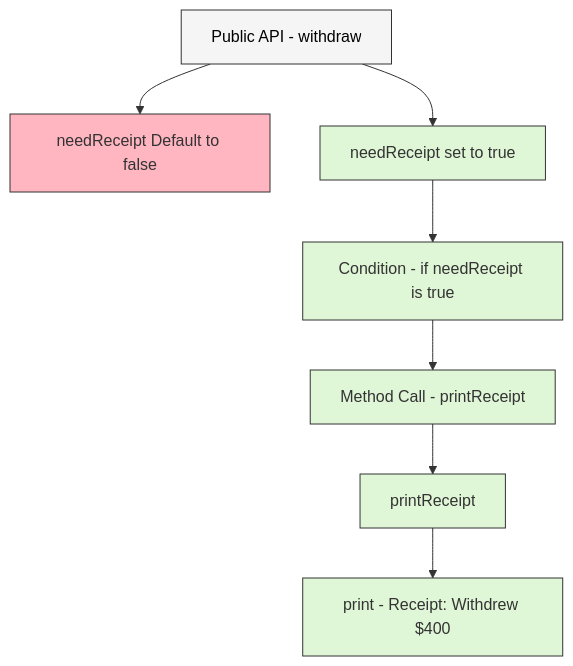
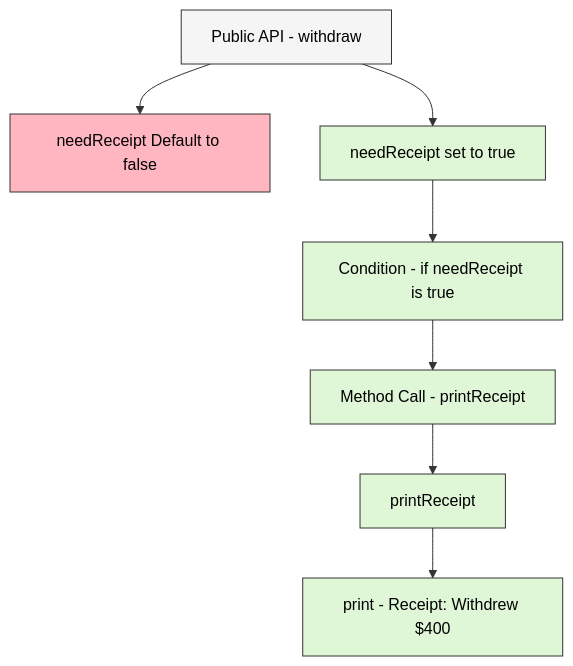
The eighth of 8 diagrams in wiki/Writing-tests-with-good-behavioral-coverage.md (oppia/oppia-android), drawn with Mermaid before and after one commit. The commit also changed other lines of this file, not shown here.

Commit message:
Setting the text color for the graphs to black as they weren't visible with dark mode

````diff
--- a/wiki/Writing-tests-with-good-behavioral-coverage.md
+++ b/wiki/Writing-tests-with-good-behavioral-coverage.md
@@ -1554,17 +1554,17 @@
 ```mermaid
 graph TD
     A[Public API - withdraw] --> B[needReceipt Default to false]
     A[Public API - withdraw] --> C[needReceipt set to true]
     C  --> D[Condition - if needReceipt is true]
     D --> E[Method Call - printReceipt]
     E --> F[printReceipt]
     F --> G[print - Receipt: Withdrew $400]
 
-    style A fill:#f5f5f5,stroke:#333,stroke-width:1px, color:#000
-    style B fill:#ffb6c1,stroke:#333,stroke-width:1px, color:#00
-    style C fill:#e0f7d7,stroke:#333,stroke-width:1px
-    style D fill:#e0f7d7,stroke:#333,stroke-width:1px
-    style E fill:#e0f7d7,stroke:#333,stroke-width:1px
-    style F fill:#e0f7d7,stroke:#333,stroke-width:1px
-    style G fill:#e0f7d7,stroke:#333,stroke-width:1px
+    style A fill:#f5f5f5,stroke:#333,stroke-width:1px,color:#000000
+    style B fill:#ffb6c1,stroke:#333,stroke-width:1px,color:#000000
+    style C fill:#e0f7d7,stroke:#333,stroke-width:1px,color:#000000
+    style D fill:#e0f7d7,stroke:#333,stroke-width:1px,color:#000000
+    style E fill:#e0f7d7,stroke:#333,stroke-width:1px,color:#000000
+    style F fill:#e0f7d7,stroke:#333,stroke-width:1px,color:#000000
+    style G fill:#e0f7d7,stroke:#333,stroke-width:1px,color:#000000
 ```
````
